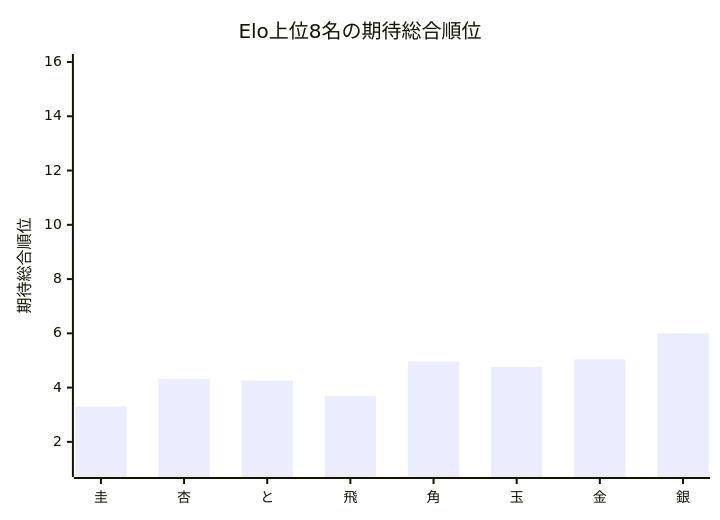
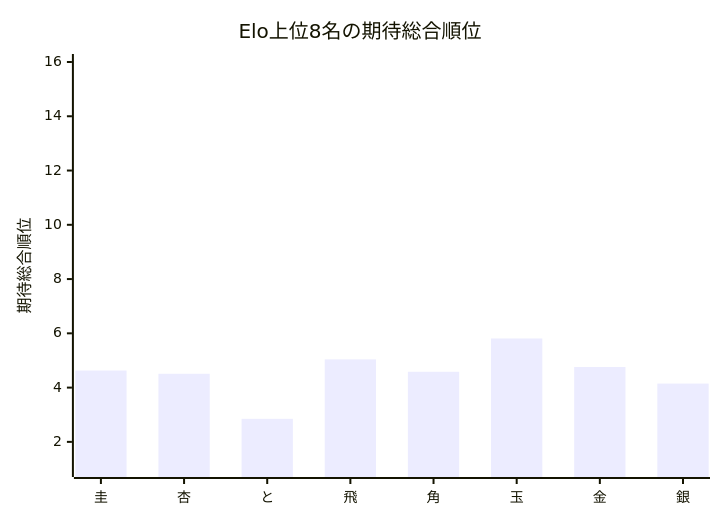
One commit to muzudho/ShogiTournamentSystemAnalyzer changed the first of 2 diagrams in Output/TournamentQualityEvaluator/TournamentQualityReport/Summary/[トップ集団大きめ]_[FinalStage_Single10_STSAInput3_smoke]_quality_summary.md. Above: the diagram before and after it, drawn with Mermaid. The commit also changed other lines of this file and 45 other files, not shown here.

````diff
--- a/Output/TournamentQualityEvaluator/TournamentQualityReport/Summary/[トップ集団大きめ]_[FinalStage_Single10_STSAInput3_smoke]_quality_summary.md
+++ b/Output/TournamentQualityEvaluator/TournamentQualityReport/Summary/[トップ集団大きめ]_[FinalStage_Single10_STSAInput3_smoke]_quality_summary.md
@@ -43,7 +43,7 @@
 ```mermaid
 xychart-beta
     title "Elo上位8名の期待総合順位"
     x-axis ["圭", "杏", "と", "飛", "角", "玉", "金", "銀"]
     y-axis "期待総合順位" 1 --> 16
-    bar [3.300, 4.323, 4.262, 3.685, 4.955, 4.763, 5.041, 5.999]
+    bar [4.630, 4.509, 2.850, 5.041, 4.584, 5.811, 4.759, 4.148]
 ```
````
